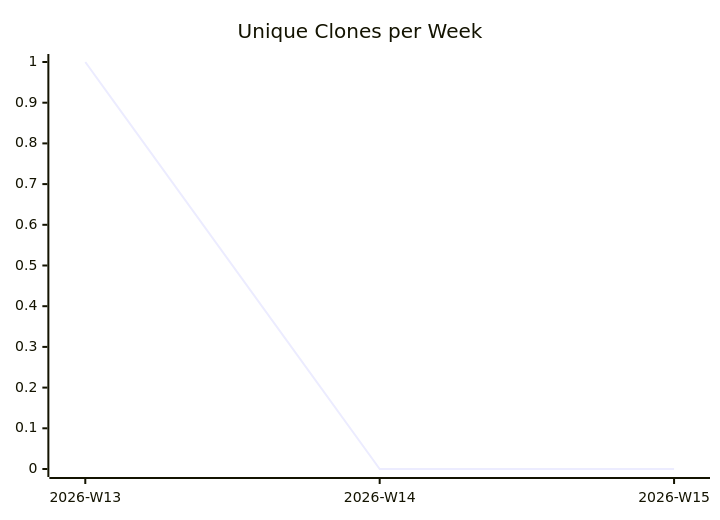
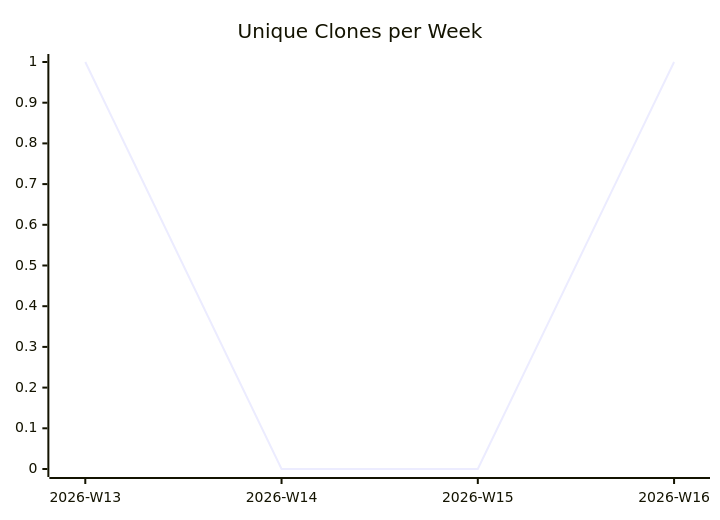
One commit to justdavis-family/github-analytics-data changed the third of 3 diagrams in karlmdavis/datanucleus-test-jdo-1-to-n/README.md. Above: the diagram before and after it, drawn with Mermaid. The commit also changed other lines of this file and 189 other files, not shown here.

````diff
--- a/karlmdavis/datanucleus-test-jdo-1-to-n/README.md
+++ b/karlmdavis/datanucleus-test-jdo-1-to-n/README.md
@@ -19,6 +19,6 @@
 ```mermaid
 xychart-beta
   title "Unique Clones per Week"
-  x-axis ["2026-W13", "2026-W14", "2026-W15"]
-  line [1, 0, 0]
+  x-axis ["2026-W13", "2026-W14", "2026-W15", "2026-W16"]
+  line [1, 0, 0, 1]
 ```
````
